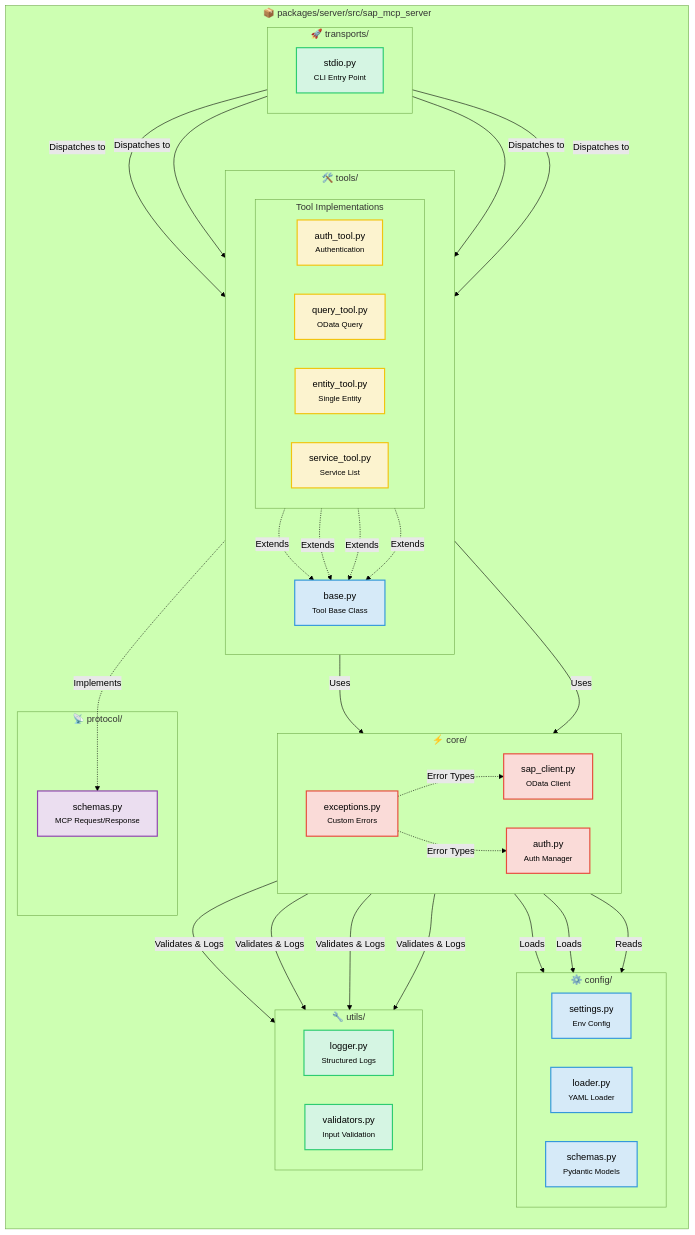
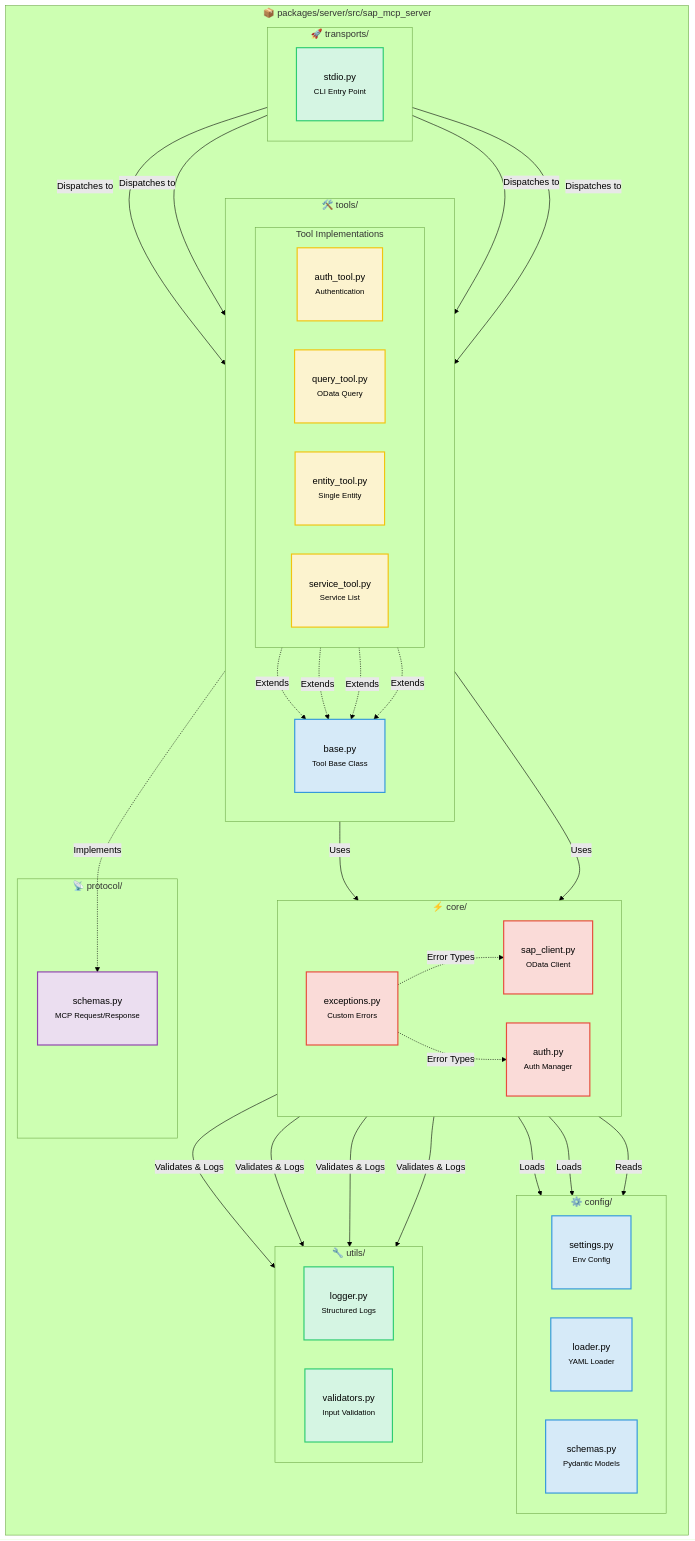
Before and after one commit to midasol/sap-mcp-server: the second of 5 diagrams in README.md, drawn with Mermaid (forest theme). The commit also changed other lines of this file, not shown here.

````diff
--- a/README.md
+++ b/README.md
@@ -115,74 +115,74 @@
 ```mermaid
 graph TB
     subgraph pkg["📦 packages/server/src/sap_mcp_server"]
         direction TB
 
         subgraph trans["🚀 transports/"]
             direction LR
             T1["stdio.py<br/><small>CLI Entry Point</small>"]
         end
 
         subgraph tools["🛠️ tools/"]
             direction TB
             TO5["base.py<br/><small>Tool Base Class</small>"]
 
             subgraph toolImpl["Tool Implementations"]
                 direction LR
                 TO1["auth_tool.py<br/><small>Authentication</small>"]
                 TO2["query_tool.py<br/><small>OData Query</small>"]
                 TO3["entity_tool.py<br/><small>Single Entity</small>"]
                 TO4["service_tool.py<br/><small>Service List</small>"]
             end
         end
 
         subgraph core["⚡ core/"]
             direction LR
             C1["sap_client.py<br/><small>OData Client</small>"]
             C2["auth.py<br/><small>Auth Manager</small>"]
             C3["exceptions.py<br/><small>Custom Errors</small>"]
         end
 
         subgraph config["⚙️ config/"]
             direction LR
             CF1["settings.py<br/><small>Env Config</small>"]
             CF2["loader.py<br/><small>YAML Loader</small>"]
             CF3["schemas.py<br/><small>Pydantic Models</small>"]
         end
 
         subgraph utils["🔧 utils/"]
             direction LR
             U1["logger.py<br/><small>Structured Logs</small>"]
             U2["validators.py<br/><small>Input Validation</small>"]
         end
 
         subgraph protocol["📡 protocol/"]
             P1["schemas.py<br/><small>MCP Request/Response</small>"]
         end
     end
 
     T1 -->|Dispatches to| TO1 & TO2 & TO3 & TO4
     TO1 & TO2 & TO3 & TO4 -.->|Extends| TO5
     TO5 -->|Uses| C1 & C2
     C1 -->|Loads| CF1 & CF2
     C2 -->|Reads| CF1
     C1 & C2 -->|Validates & Logs| U1 & U2
     TO5 -.->|Implements| P1
     C3 -.->|Error Types| C1 & C2
 
-    classDef transportNode fill:#D5F5E3,stroke:#2ECC71,stroke-width:2px
+    classDef transportNode fill:#D5F5E3,stroke:#2ECC71,stroke-width:2px,padding:18px
     classDef futureNode fill:#E8E8E8,stroke:#999999,stroke-width:2px,stroke-dasharray:5 5
-    classDef toolNode fill:#FCF3CF,stroke:#F1C40F,stroke-width:2px
-    classDef baseNode fill:#D6EAF8,stroke:#3498DB,stroke-width:2px
-    classDef coreNode fill:#FADBD8,stroke:#E74C3C,stroke-width:2px
-    classDef configNode fill:#D6EAF8,stroke:#3498DB,stroke-width:2px
-    classDef utilNode fill:#D5F5E3,stroke:#2ECC71,stroke-width:2px
-    classDef protocolNode fill:#EBDEF0,stroke:#8E44AD,stroke-width:2px
+    classDef toolNode fill:#FCF3CF,stroke:#F1C40F,stroke-width:2px,padding:18px
+    classDef baseNode fill:#D6EAF8,stroke:#3498DB,stroke-width:2px,padding:18px
+    classDef coreNode fill:#FADBD8,stroke:#E74C3C,stroke-width:2px,padding:18px
+    classDef configNode fill:#D6EAF8,stroke:#3498DB,stroke-width:2px,padding:18px
+    classDef utilNode fill:#D5F5E3,stroke:#2ECC71,stroke-width:2px,padding:18px
+    classDef protocolNode fill:#EBDEF0,stroke:#8E44AD,stroke-width:2px,padding:18px
 
     class T1 transportNode
     class TO1,TO2,TO3,TO4 toolNode
     class TO5 baseNode
     class C1,C2,C3 coreNode
     class CF1,CF2,CF3 configNode
     class U1,U2 utilNode
     class P1 protocolNode
 ```
````
